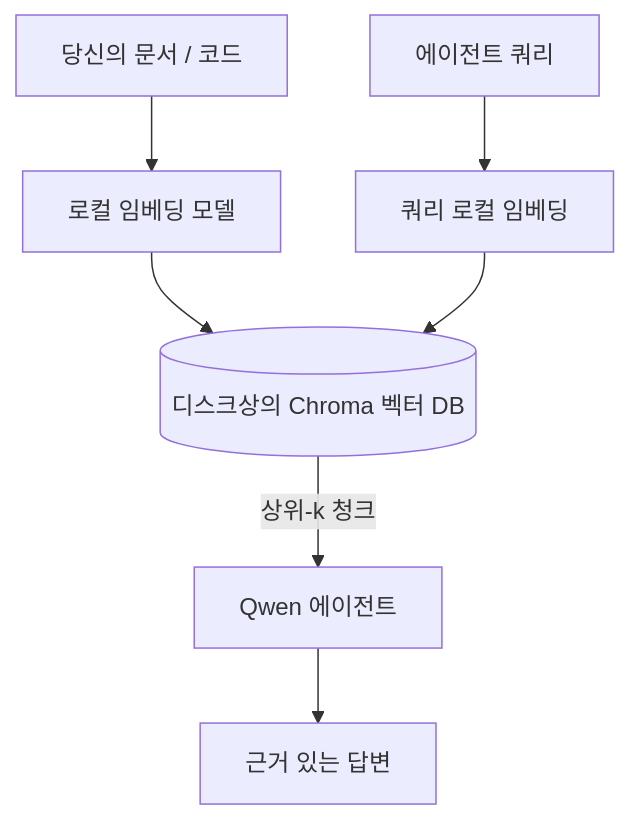
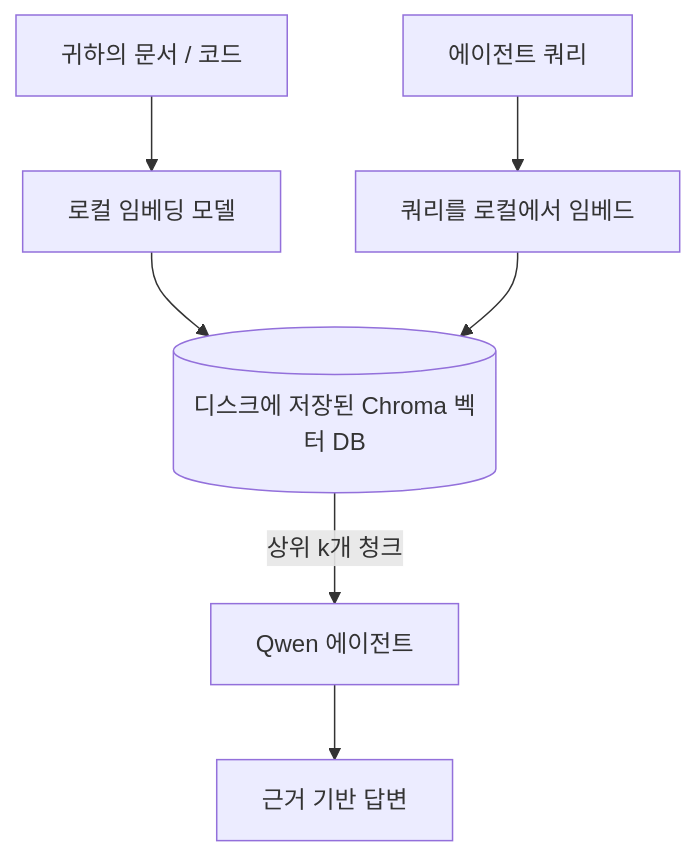
Before and after one commit to gabrielmoreira/agent-skills-mirror: the third of 4 diagrams in mirrors/repos/microsoft@ai-agents-for-beginners/translations/ko/17-creating-local-ai-agents/README.md, drawn with Mermaid. The commit also changed other lines of this file and 4262 other files, not shown here.

````diff
--- a/mirrors/repos/microsoft@ai-agents-for-beginners/translations/ko/17-creating-local-ai-agents/README.md
+++ b/mirrors/repos/microsoft@ai-agents-for-beginners/translations/ko/17-creating-local-ai-agents/README.md
@@ -125,9 +125,9 @@
 ```mermaid
 flowchart TB
-    D[당신의 문서 / 코드] --> E[로컬 임베딩 모델]
-    E --> V[(디스크상의 Chroma 벡터 DB)]
-    Q[에이전트 쿼리] --> QE[쿼리 로컬 임베딩]
+    D[귀하의 문서 / 코드] --> E[로컬 임베딩 모델]
+    E --> V[(디스크에 저장된 Chroma 벡터 DB)]
+    Q[에이전트 쿼리] --> QE[쿼리를 로컬에서 임베드]
     QE --> V
-    V -->|상위-k 청크| A[Qwen 에이전트]
-    A --> Ans[근거 있는 답변]
+    V -->|상위 k개 청크| A[Qwen 에이전트]
+    A --> Ans[근거 기반 답변]
 ```
````
